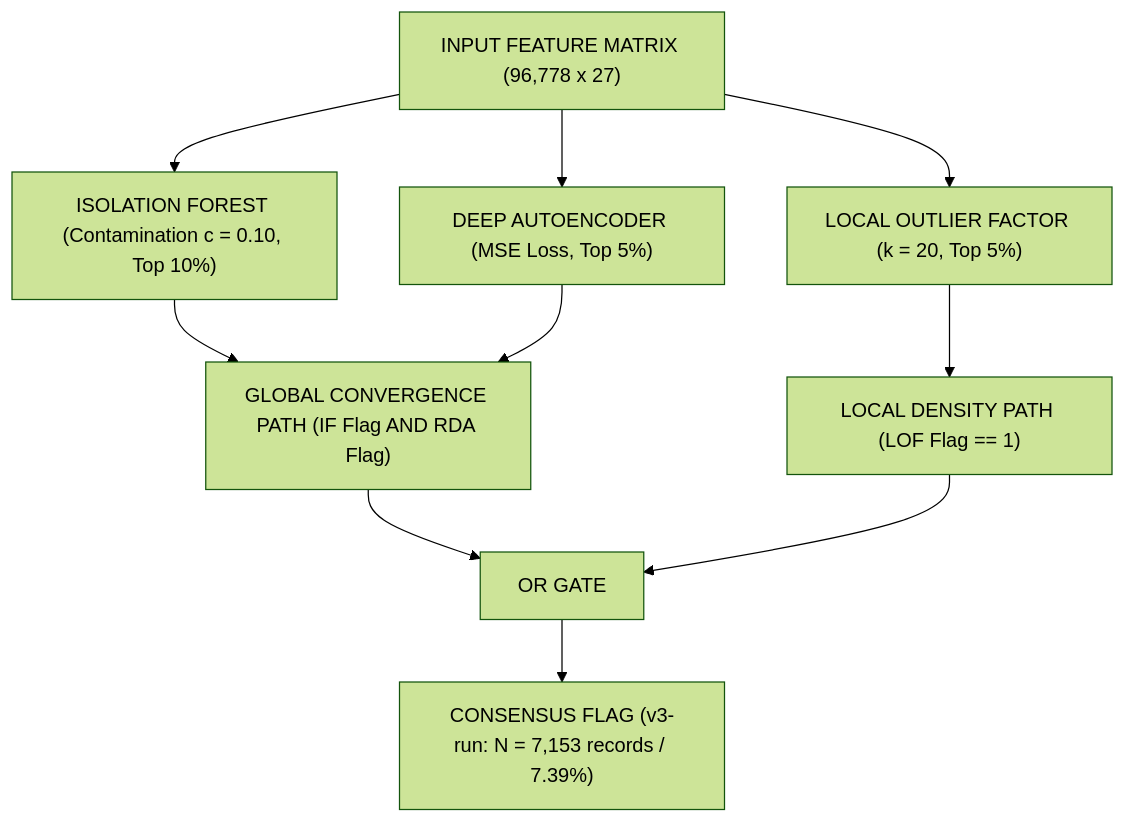
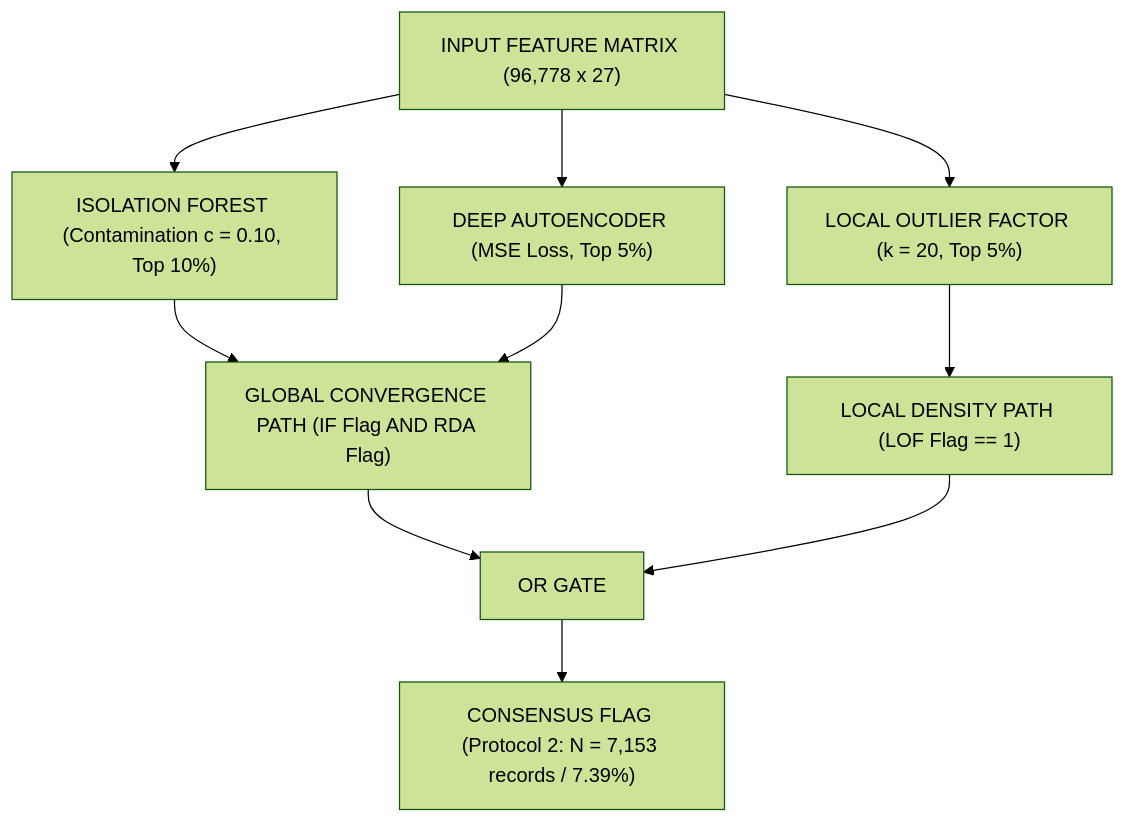
The second of 2 diagrams in phase-1/docs/draft/v03/03-methodology.md (FY72X9/is_dandes_anticorr), drawn with Mermaid (forest theme) before and after one commit. The commit also changed other lines of this file and 20 other files, not shown here.

````diff
--- a/phase-1/docs/draft/v03/03-methodology.md
+++ b/phase-1/docs/draft/v03/03-methodology.md
@@ -87,14 +87,14 @@
 ```mermaid
 flowchart TD
     INPUT["INPUT FEATURE MATRIX (96,778 x 27)"] --> IF["ISOLATION FOREST (Contamination c = 0.10, Top 10%)"]
     INPUT --> LOF["LOCAL OUTLIER FACTOR (k = 20, Top 5%)"]
     INPUT --> RDA["DEEP AUTOENCODER (MSE Loss, Top 5%)"]
 
     IF --> GLOBAL["GLOBAL CONVERGENCE PATH (IF Flag AND RDA Flag)"]
     RDA --> GLOBAL
     LOF --> LOCAL["LOCAL DENSITY PATH (LOF Flag == 1)"]
 
     GLOBAL --> ORGATE["OR GATE"]
     LOCAL --> ORGATE
-    ORGATE --> CONSENSUS["CONSENSUS FLAG (v3-run: N = 7,153 records / 7.39%)"]
+    ORGATE --> CONSENSUS["CONSENSUS FLAG (Protocol 2: N = 7,153 records / 7.39%)"]
 ```
````
